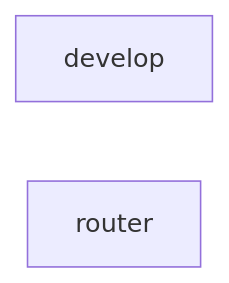
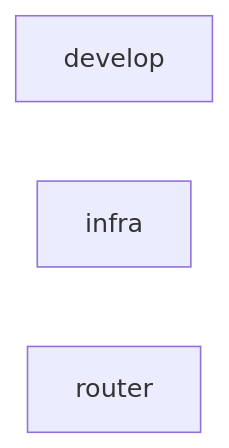
Before and after one commit to jtmckay/decree: the diagram in .decree/graph/system.md, drawn with Mermaid. The commit also changed other lines of this file and 36 other files, not shown here.

````diff
--- a/.decree/graph/system.md
+++ b/.decree/graph/system.md
@@ -8,5 +9,6 @@
 ```mermaid
 flowchart LR
     develop["develop"]
+    infra["infra"]
     router["router"]
 ```
````
